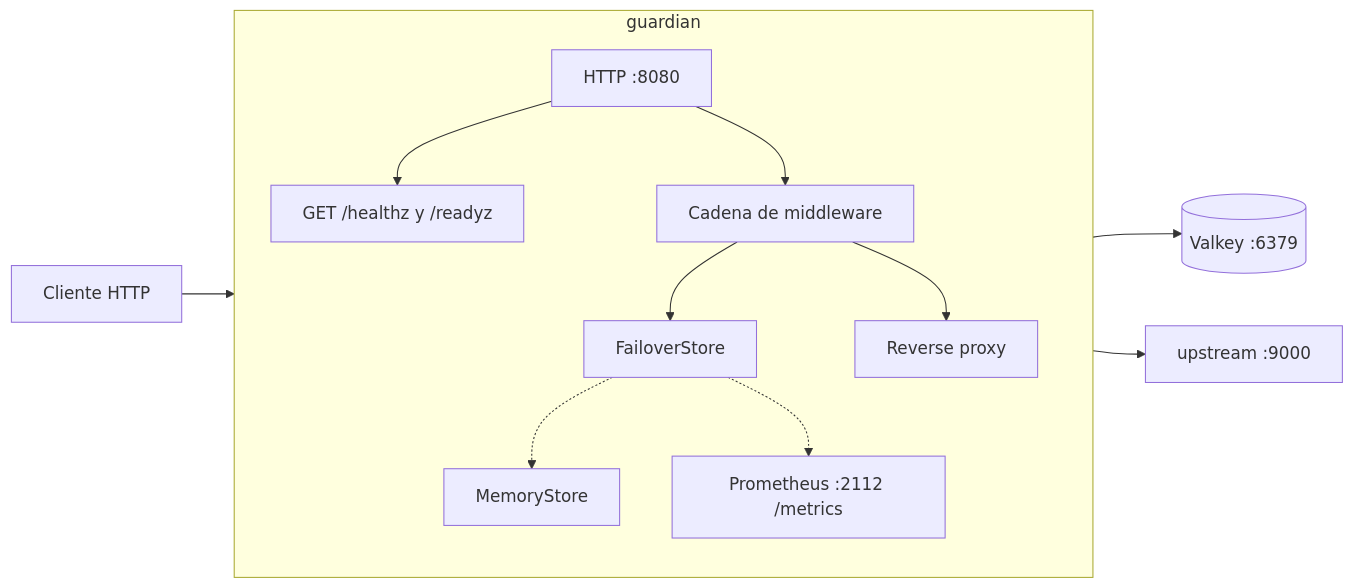
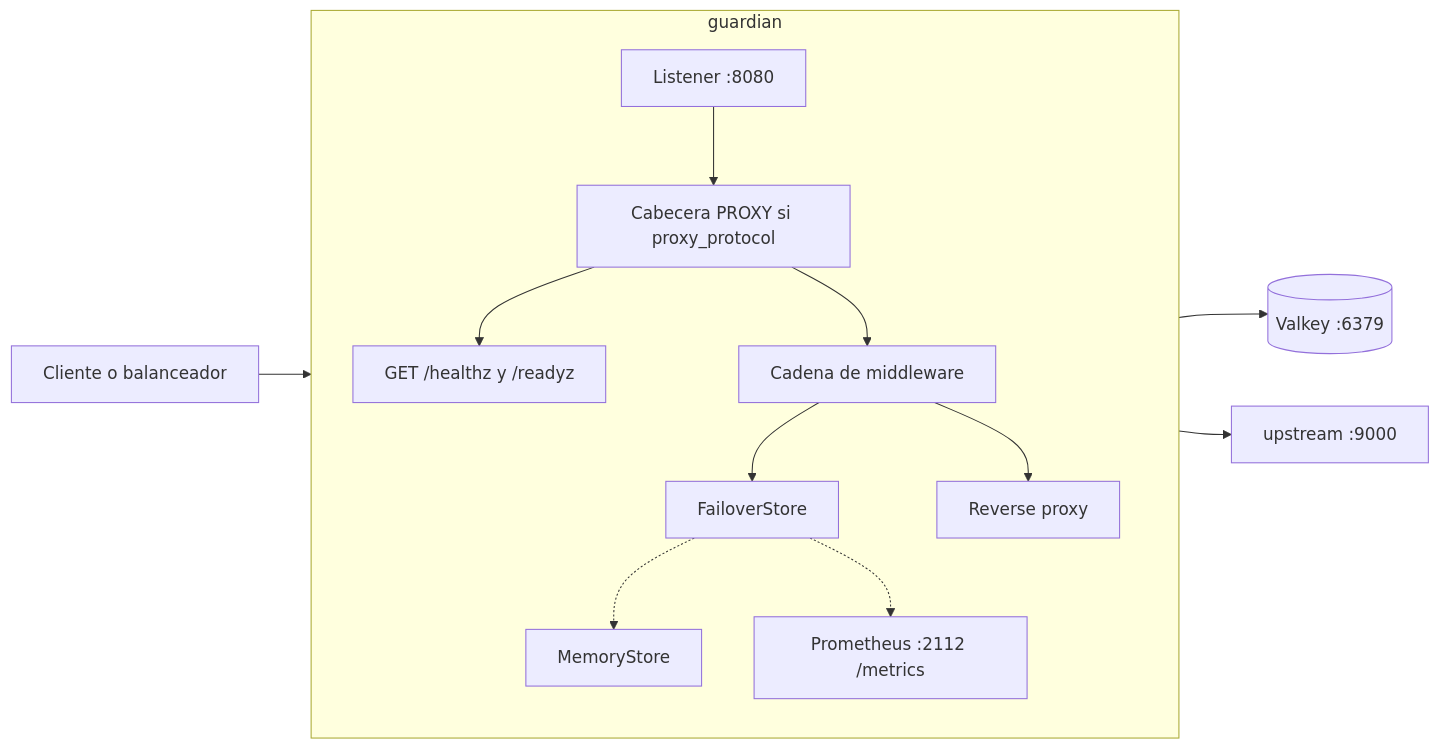
One commit to fharias/guardian-scrapy changed the first of 5 diagrams in README.md. Above: the diagram before and after it, drawn with Mermaid. The commit also changed other lines of this file, not shown here.

Commit message:
Update README to reflect enhancements in client IP resolution and proxy protocol support

````diff
--- a/README.md
+++ b/README.md
@@ -13,28 +13,30 @@
 ```mermaid
 flowchart LR
-  cliente[Cliente HTTP]
+  cliente[Cliente o balanceador]
 
   subgraph proxy [guardian]
     direction TB
-    http8080["HTTP :8080"]
+    listener["Listener :8080"]
+    pp["Cabecera PROXY si proxy_protocol"]
     salud["GET /healthz y /readyz"]
     cadena[Cadena de middleware]
-    reverso[Reverse proxy]
+    reverso["Reverse proxy"]
     failover[FailoverStore]
     memoria[MemoryStore]
     metricas["Prometheus :2112 /metrics"]
   end
 
   valkey[("Valkey :6379")]
   origen["upstream :9000"]
 
-  cliente --> http8080
-  http8080 --> salud
-  http8080 --> cadena
+  cliente --> listener
+  listener --> pp
+  pp --> salud
+  pp --> cadena
   cadena --> failover
   cadena --> reverso
   failover --> valkey
   failover -.-> memoria
   failover -.-> metricas
   reverso --> origen
 ```
````
